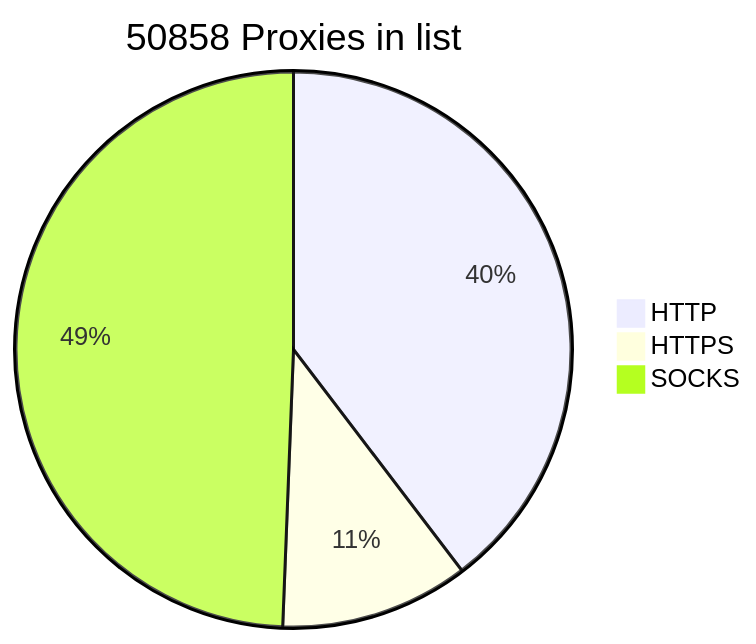
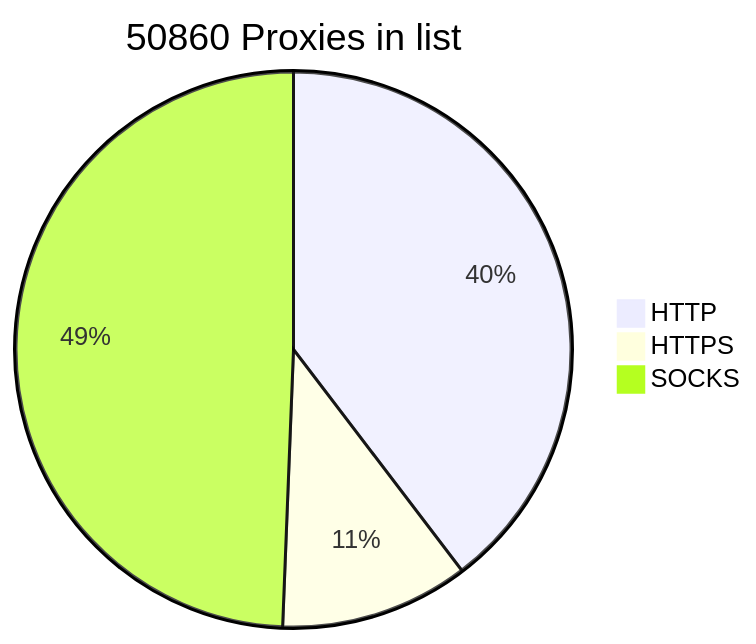
Before and after one commit to BlackSnowDot/proxylist-update-every-minute: the diagram in README.md, drawn with Mermaid.

````diff
--- a/README.md
+++ b/README.md
@@ -2,6 +2,6 @@
 ```mermaid
-pie title 50858 Proxies in list
-    "HTTP" : 22325
-    "HTTPS": 6185
+pie title 50860 Proxies in list
+    "HTTP" : 22327
+    "HTTPS": 6187
     "SOCKS" : 27812
 ```
````
